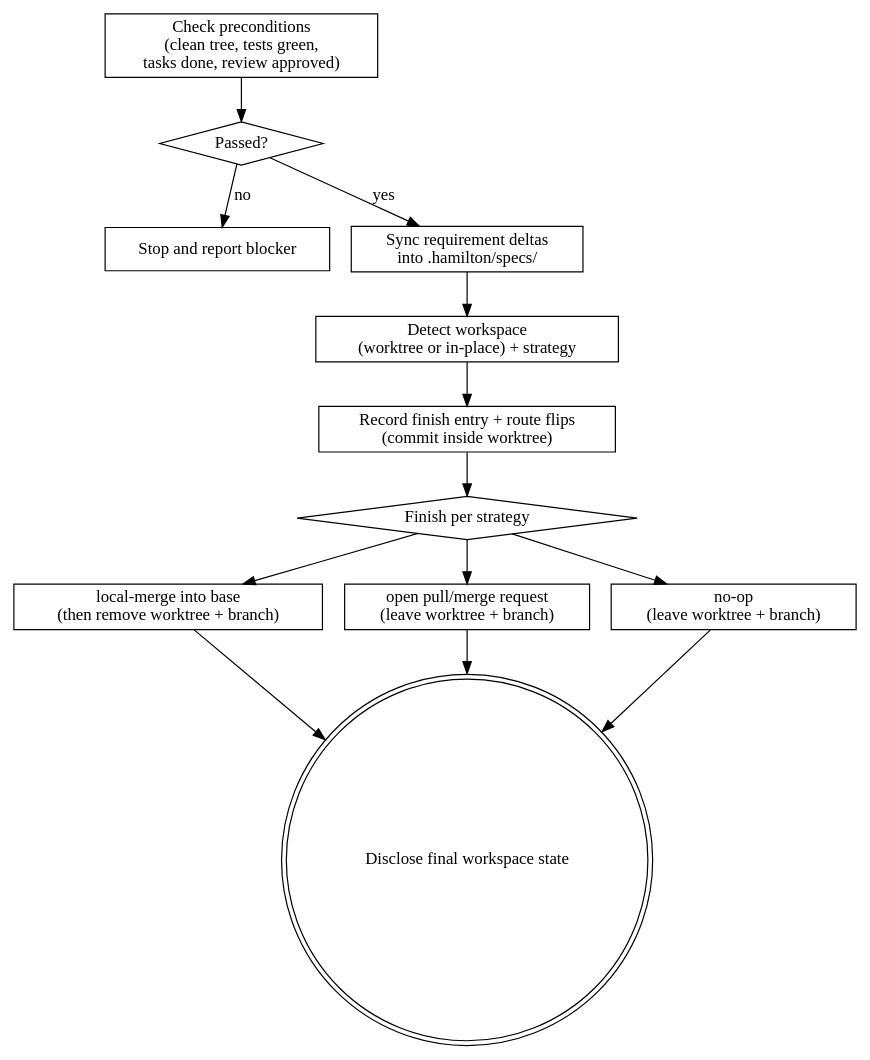
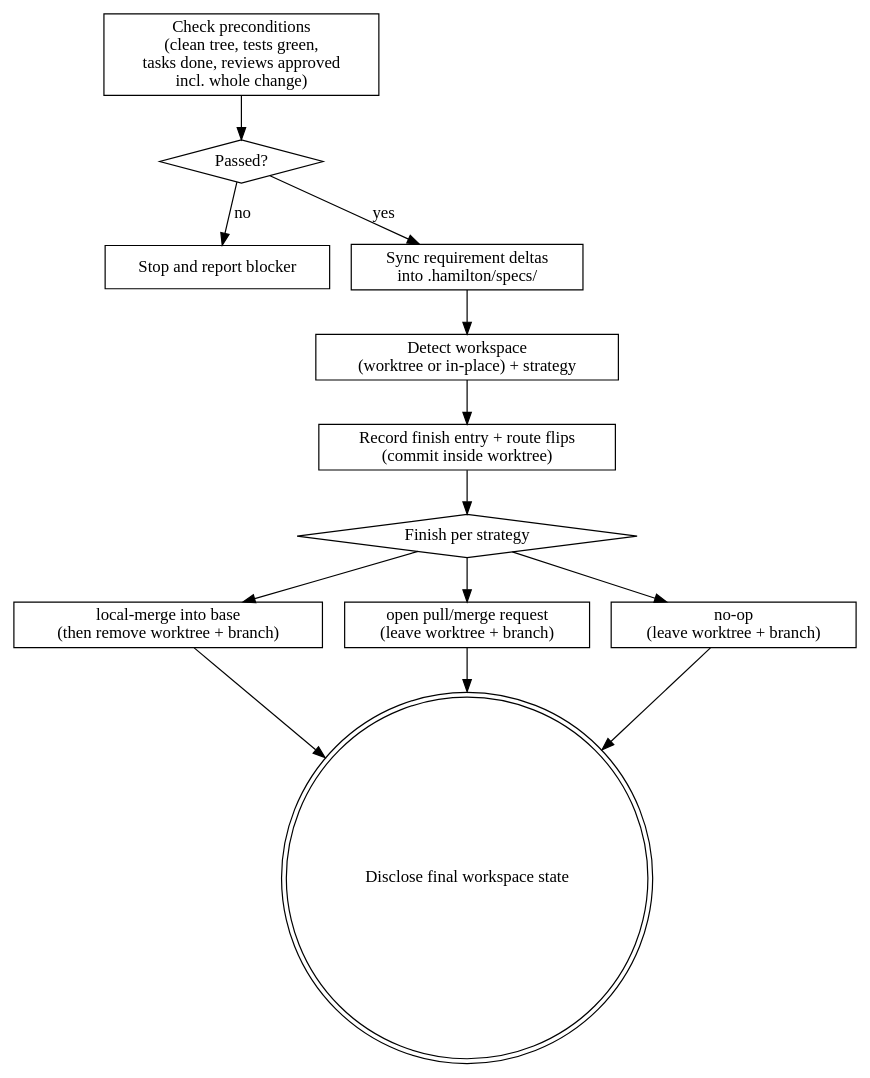
The diagram in skills/hamilton-finish-work/SKILL.md (caiorcferreira/hamilton), drawn with Graphviz before and after one commit. The commit also changed other lines of this file and 2 other files, not shown here.

First line of the commit message:
feat(review,finish-work): make the review gate scope-aware

````diff
--- a/skills/hamilton-finish-work/SKILL.md
+++ b/skills/hamilton-finish-work/SKILL.md
@@ -164,28 +167,28 @@
 ```dot
 digraph hamilton_finish_work {
-    "Check preconditions\n(clean tree, tests green,\ntasks done, review approved)" [shape=box];
+    "Check preconditions\n(clean tree, tests green,\ntasks done, reviews approved\nincl. whole change)" [shape=box];
     "Passed?" [shape=diamond];
     "Stop and report blocker" [shape=box];
     "Sync requirement deltas\ninto .hamilton/specs/" [shape=box];
     "Detect workspace\n(worktree or in-place) + strategy" [shape=box];
     "Record finish entry + route flips\n(commit inside worktree)" [shape=box];
     "Finish per strategy" [shape=diamond];
     "local-merge into base\n(then remove worktree + branch)" [shape=box];
     "open pull/merge request\n(leave worktree + branch)" [shape=box];
     "no-op\n(leave worktree + branch)" [shape=box];
     "Disclose final workspace state" [shape=doublecircle];
 
-    "Check preconditions\n(clean tree, tests green,\ntasks done, review approved)" -> "Passed?";
+    "Check preconditions\n(clean tree, tests green,\ntasks done, reviews approved\nincl. whole change)" -> "Passed?";
     "Passed?" -> "Stop and report blocker" [label="no"];
     "Passed?" -> "Sync requirement deltas\ninto .hamilton/specs/" [label="yes"];
     "Sync requirement deltas\ninto .hamilton/specs/" -> "Detect workspace\n(worktree or in-place) + strategy";
     "Detect workspace\n(worktree or in-place) + strategy" -> "Record finish entry + route flips\n(commit inside worktree)";
     "Record finish entry + route flips\n(commit inside worktree)" -> "Finish per strategy";
     "Finish per strategy" -> "local-merge into base\n(then remove worktree + branch)";
     "Finish per strategy" -> "open pull/merge request\n(leave worktree + branch)";
     "Finish per strategy" -> "no-op\n(leave worktree + branch)";
     "local-merge into base\n(then remove worktree + branch)" -> "Disclose final workspace state";
     "open pull/merge request\n(leave worktree + branch)" -> "Disclose final workspace state";
     "no-op\n(leave worktree + branch)" -> "Disclose final workspace state";
 }
 ```
````
